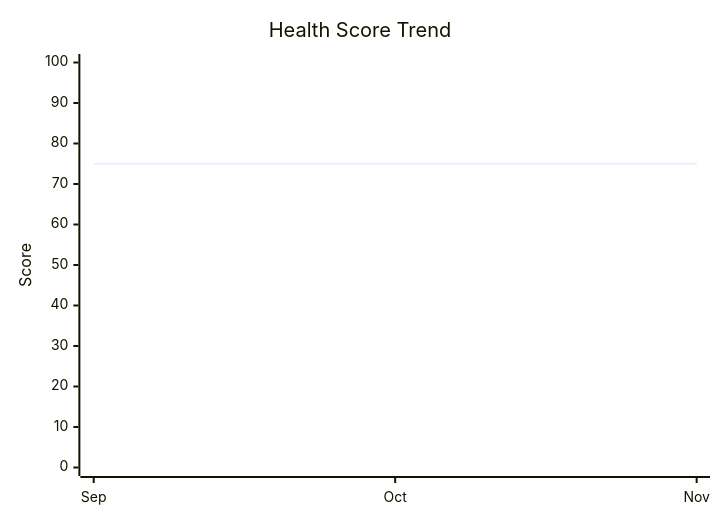
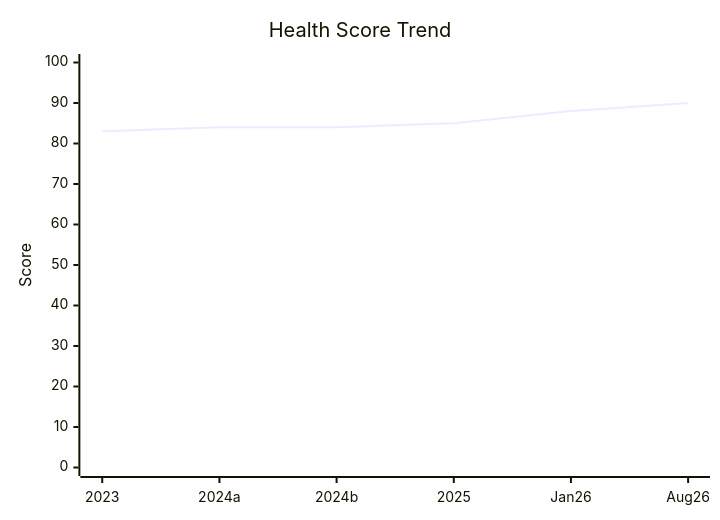
One commit to panbanda/omen changed the second of 3 diagrams in examples/repos/tiangolo-fastapi.md. Above: the diagram before and after it, drawn with Mermaid. The commit also changed other lines of this file and 5 other files, not shown here.

````diff
--- a/examples/repos/tiangolo-fastapi.md
+++ b/examples/repos/tiangolo-fastapi.md
@@ -221,7 +228,7 @@
 ```mermaid
 xychart-beta
     title "Health Score Trend"
-    x-axis ["Sep", "Oct", "Nov"]
+    x-axis ["2023", "2024a", "2024b", "2025", "Jan26", "Aug26"]
     y-axis "Score" 0 --> 100
-    line [75, 75, 75]
+    line [83, 84, 84, 85, 88, 90]
 ```
````
